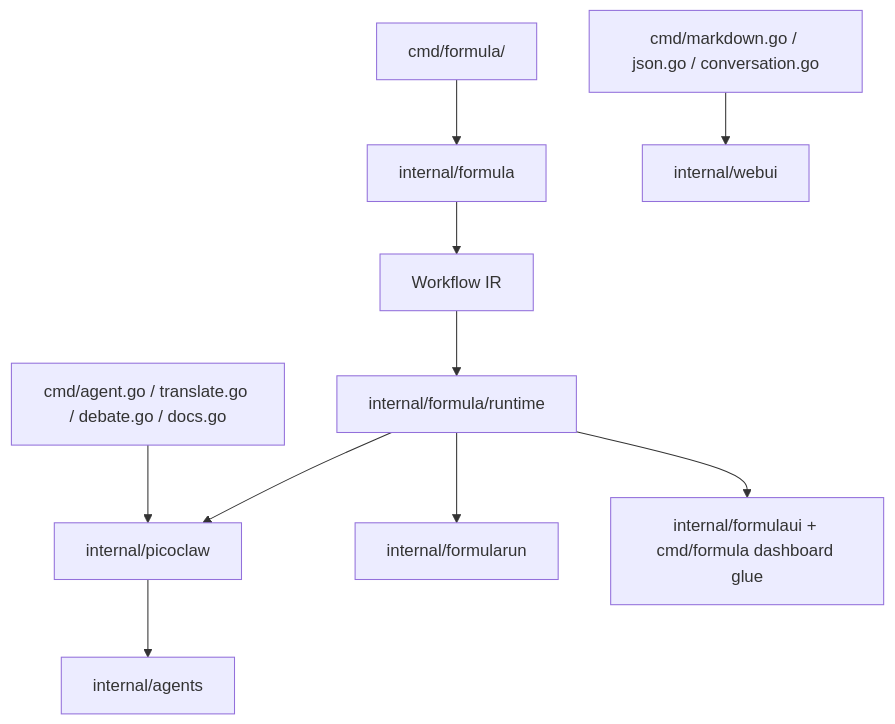
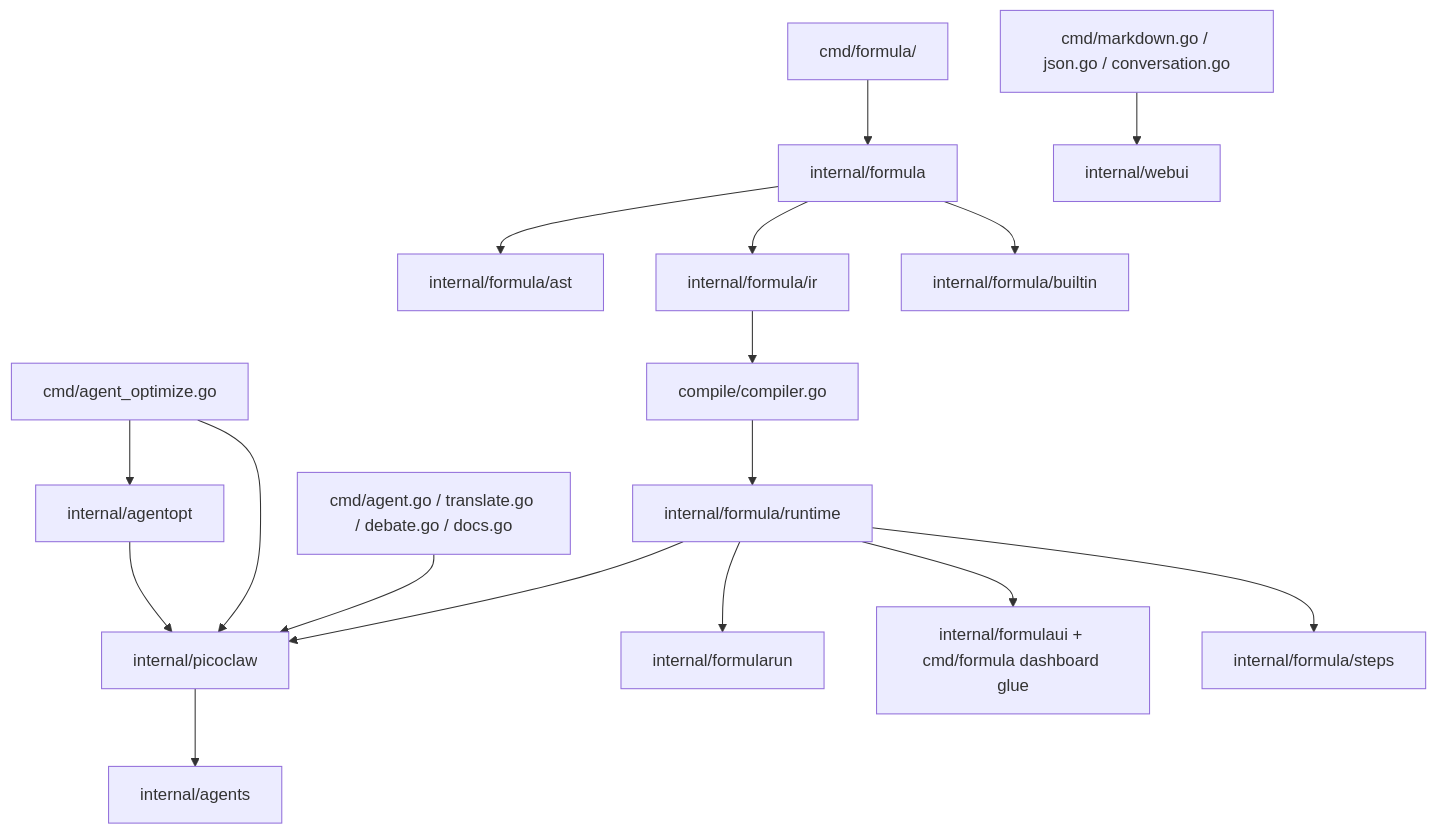
Before and after one commit to sjzsdu/tt: the second of 2 diagrams in ai-docs/module-map.md, drawn with Mermaid. The commit also changed other lines of this file and 5 other files, not shown here.

Commit message:
docs(ai-docs): expand formula and agent architecture guides

````diff
--- a/ai-docs/module-map.md
+++ b/ai-docs/module-map.md
@@ -274,14 +318,22 @@
 ```mermaid
 flowchart TD
     A[cmd/formula/] --> B[internal/formula]
-    B --> C[Workflow IR]
+    B --> B1[internal/formula/ast]
+    B --> B2[internal/formula/ir]
+    B2 --> C[compile/compiler.go]
     C --> D[internal/formula/runtime]
     D --> E[internal/picoclaw]
     D --> F[internal/formularun]
     D --> G[internal/formulaui + cmd/formula dashboard glue]
+    D --> H[internal/formula/steps]
+    B --> I[internal/formula/builtin]
 
-    H[cmd/agent.go / translate.go / debate.go / docs.go] --> E
-    E --> I[internal/agents]
+    J[cmd/agent.go / translate.go / debate.go / docs.go] --> E
+    E --> K[internal/agents]
 
-    J[cmd/markdown.go / json.go / conversation.go] --> K[internal/webui]
+    L[cmd/agent_optimize.go] --> E
+    L --> M[internal/agentopt]
+    M --> E
+
+    N[cmd/markdown.go / json.go / conversation.go] --> O[internal/webui]
 ```
````
